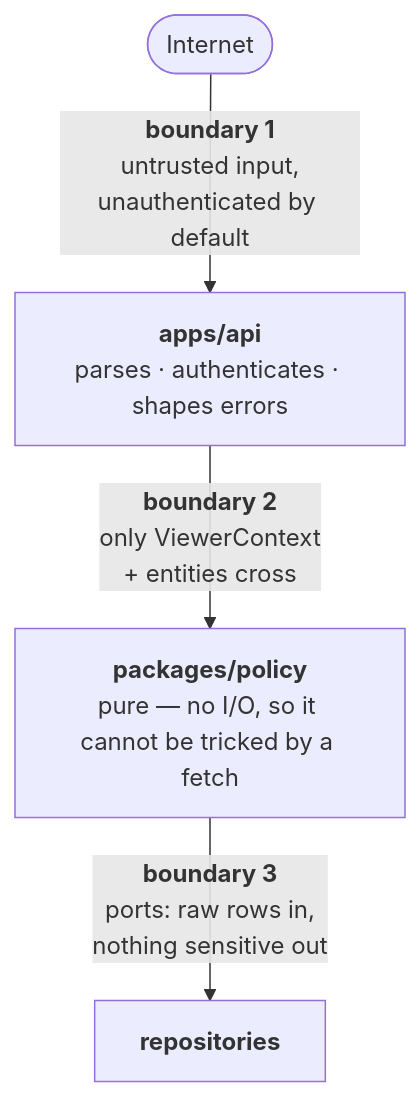
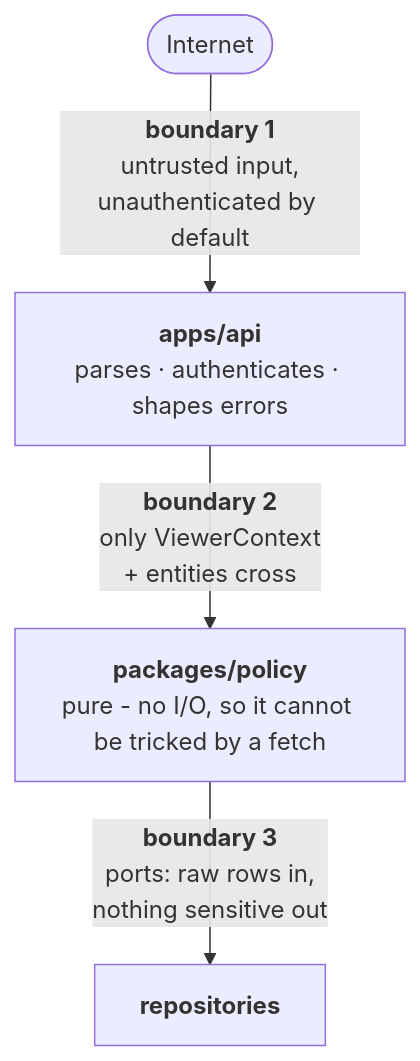
One commit to brian-summers/FriendsZone changed the diagram in docs/security/threat-model.md. Above: the diagram before and after it, drawn with Mermaid. The commit also changed other lines of this file and 175 other files, not shown here.

````diff
--- a/docs/security/threat-model.md
+++ b/docs/security/threat-model.md
@@ -29,11 +29,11 @@
 ```mermaid
 flowchart TD
     net(["Internet"])
     api["<b>apps/api</b><br/>parses · authenticates · shapes errors"]
-    policy["<b>packages/policy</b><br/>pure — no I/O, so it cannot be tricked by a fetch"]
+    policy["<b>packages/policy</b><br/>pure - no I/O, so it cannot be tricked by a fetch"]
     repos["<b>repositories</b>"]
 
     net -->|"<b>boundary 1</b><br/>untrusted input,<br/>unauthenticated by default"| api
     api -->|"<b>boundary 2</b><br/>only ViewerContext<br/>+ entities cross"| policy
     policy -->|"<b>boundary 3</b><br/>ports: raw rows in,<br/>nothing sensitive out"| repos
 ```
````
